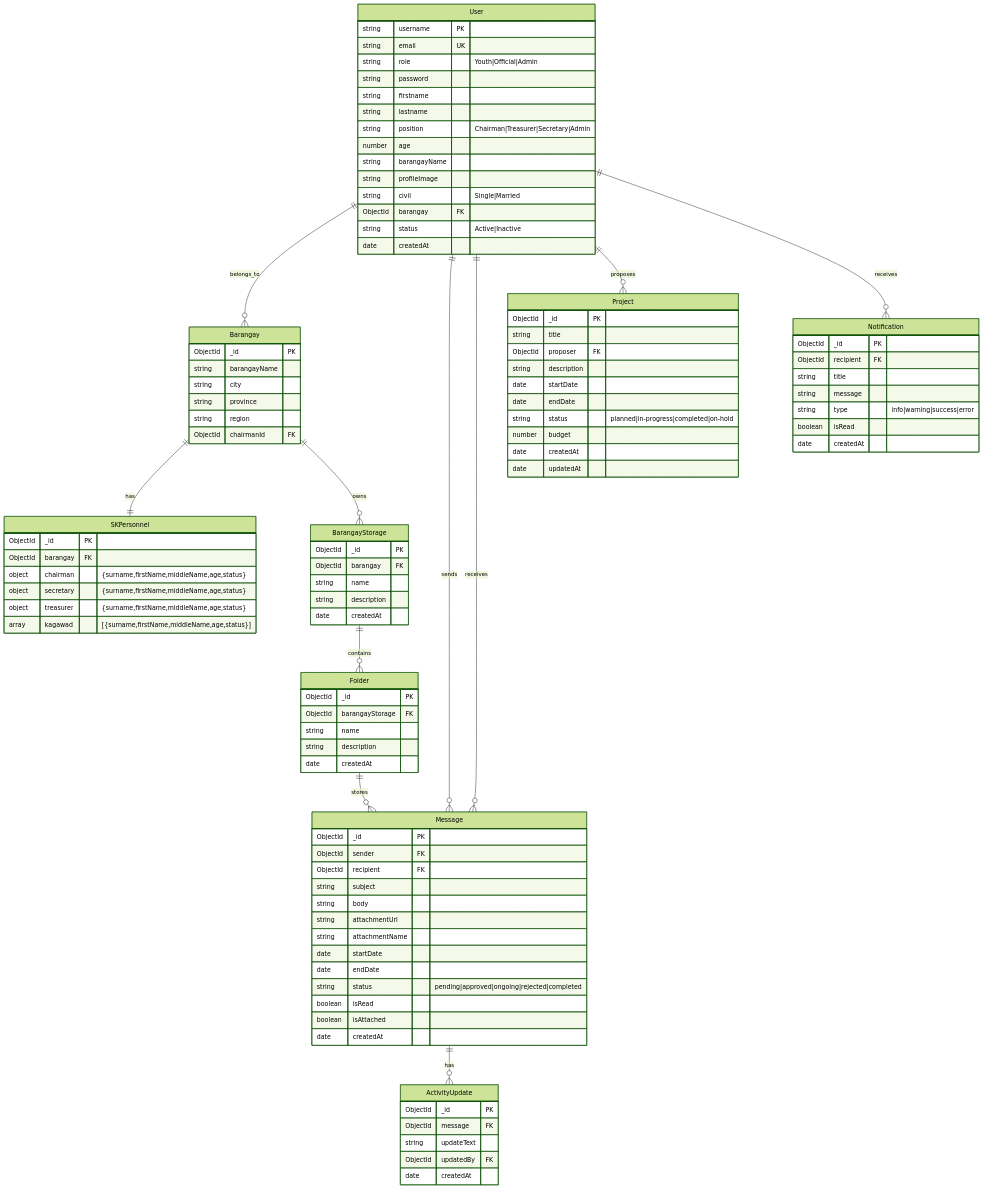
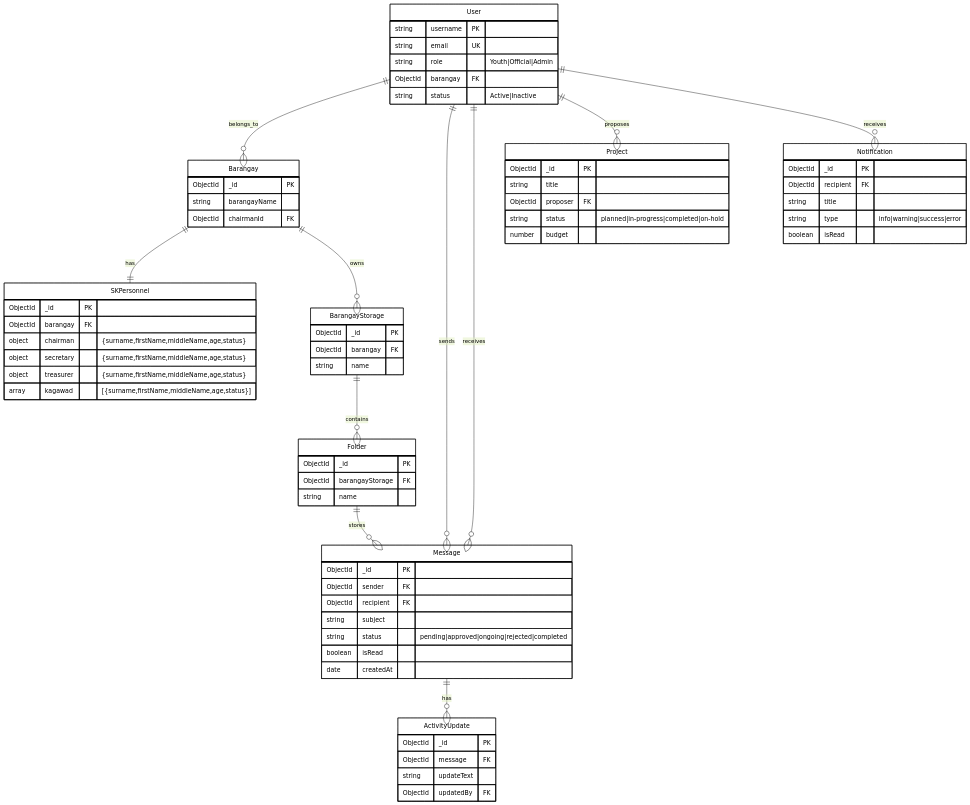
One commit to jmsoorlnd-sketch/SKAct-Hub changed the eighth of 8 diagrams in SYSTEM_DIAGRAMS.md. Above: the diagram before and after it, drawn with Mermaid (forest theme). The commit also changed 14 other files, not shown here.

````diff
--- a/SYSTEM_DIAGRAMS.md
+++ b/SYSTEM_DIAGRAMS.md
@@ -491,39 +491,17 @@
 ```mermaid
 erDiagram
-    User ||--o{ Barangay : "belongs_to"
-    Barangay ||--|| SKPersonnel : "has"
-    User ||--o{ Message : "sends"
-    User ||--o{ Message : "receives"
-    User ||--o{ Project : "proposes"
-    User ||--o{ Notification : "receives"
-    Barangay ||--o{ BarangayStorage : "owns"
-    BarangayStorage ||--o{ Folder : "contains"
-    Folder ||--o{ Message : "stores"
-    Message ||--o{ ActivityUpdate : "has"
-
+    direction TB
     User {
         string username PK
         string email UK
         string role "Youth|Official|Admin"
-        string password
-        string firstname
-        string lastname
-        string position "Chairman|Treasurer|Secretary|Admin"
-        number age
-        string barangayName
-        string profileImage
-        string civil "Single|Married"
         ObjectId barangay FK
         string status "Active|Inactive"
-        date createdAt
     }
 
     Barangay {
         ObjectId _id PK
         string barangayName
-        string city
-        string province
-        string region
         ObjectId chairmanId FK
     }
 
@@ -541,14 +519,8 @@
         ObjectId sender FK
         ObjectId recipient FK
         string subject
-        string body
-        string attachmentUrl
-        string attachmentName
-        date startDate
-        date endDate
         string status "pending|approved|ongoing|rejected|completed"
         boolean isRead
-        boolean isAttached
         date createdAt
     }
 
@@ -556,39 +528,26 @@
         ObjectId _id PK
         string title
         ObjectId proposer FK
-        string description
-        date startDate
-        date endDate
         string status "planned|in-progress|completed|on-hold"
         number budget
-        date createdAt
-        date updatedAt
     }
 
     Notification {
         ObjectId _id PK
         ObjectId recipient FK
         string title
-        string message
         string type "info|warning|success|error"
         boolean isRead
-        date createdAt
     }
-
     BarangayStorage {
         ObjectId _id PK
         ObjectId barangay FK
         string name
-        string description
-        date createdAt
     }
-
     Folder {
         ObjectId _id PK
         ObjectId barangayStorage FK
         string name
-        string description
-        date createdAt
     }
 
     ActivityUpdate {
@@ -596,6 +555,26 @@
         ObjectId message FK
         string updateText
         ObjectId updatedBy FK
-        date createdAt
     }
+
+    User||--o{Barangay:"belongs_to"
+    Barangay||--||SKPersonnel:"has"
+    User||--o{Message:"sends"
+    User||--o{Message:"receives"
+    User||--o{Project:"proposes"
+    User||--o{Notification:"receives"
+    Barangay||--o{BarangayStorage:"owns"
+    BarangayStorage||--o{Folder:"contains"
+    Folder||--o{Message:"stores"
+    Message||--o{ActivityUpdate:"has"
+
+    style User stroke:#000000,fill:transparent
+    style Barangay stroke:#000000,fill:transparent
+    style SKPersonnel stroke:#000000,fill:transparent
+    style Message stroke:#000000,fill:transparent
+    style Project stroke:#000000,fill:transparent
+    style Notification stroke:#000000,fill:transparent
+    style BarangayStorage stroke:#000000,fill:transparent
+    style Folder stroke:#000000,fill:transparent
+    style ActivityUpdate stroke:#000000,fill:transparent
 ```
````
